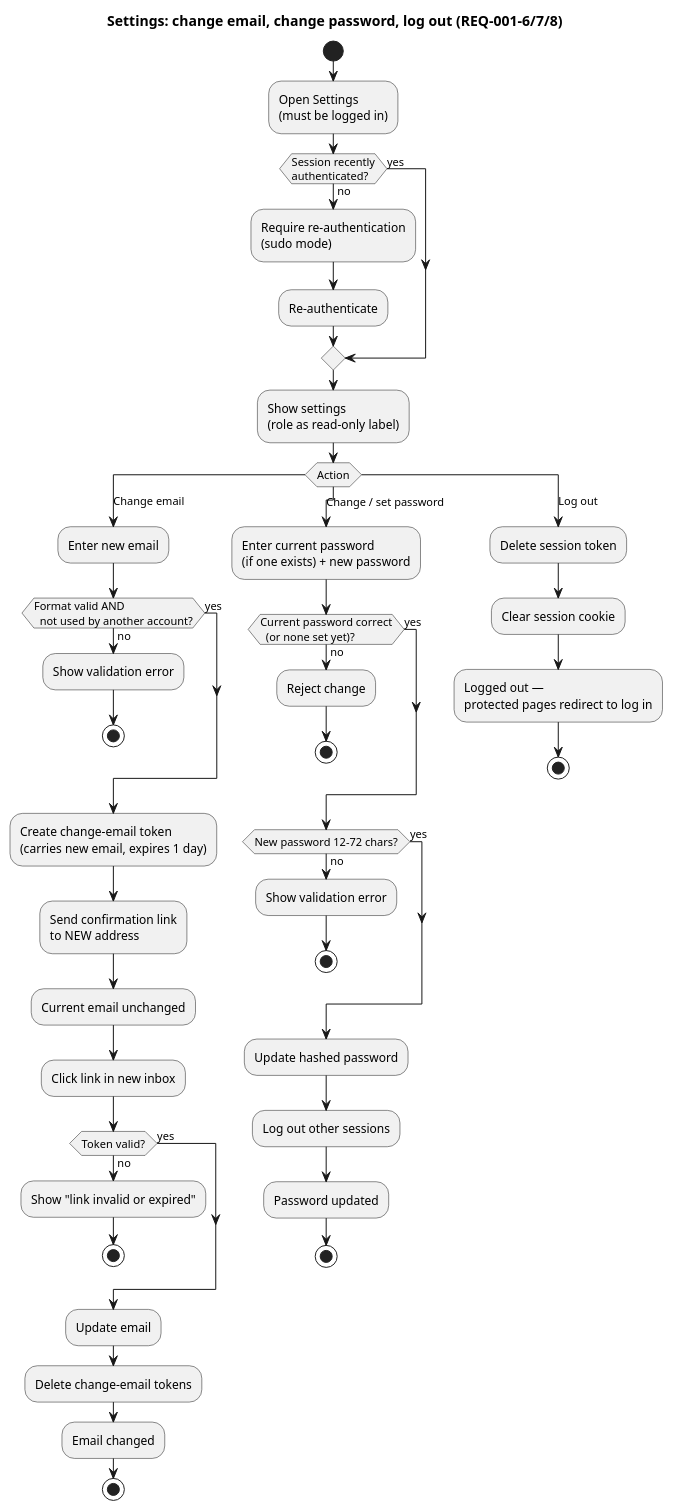
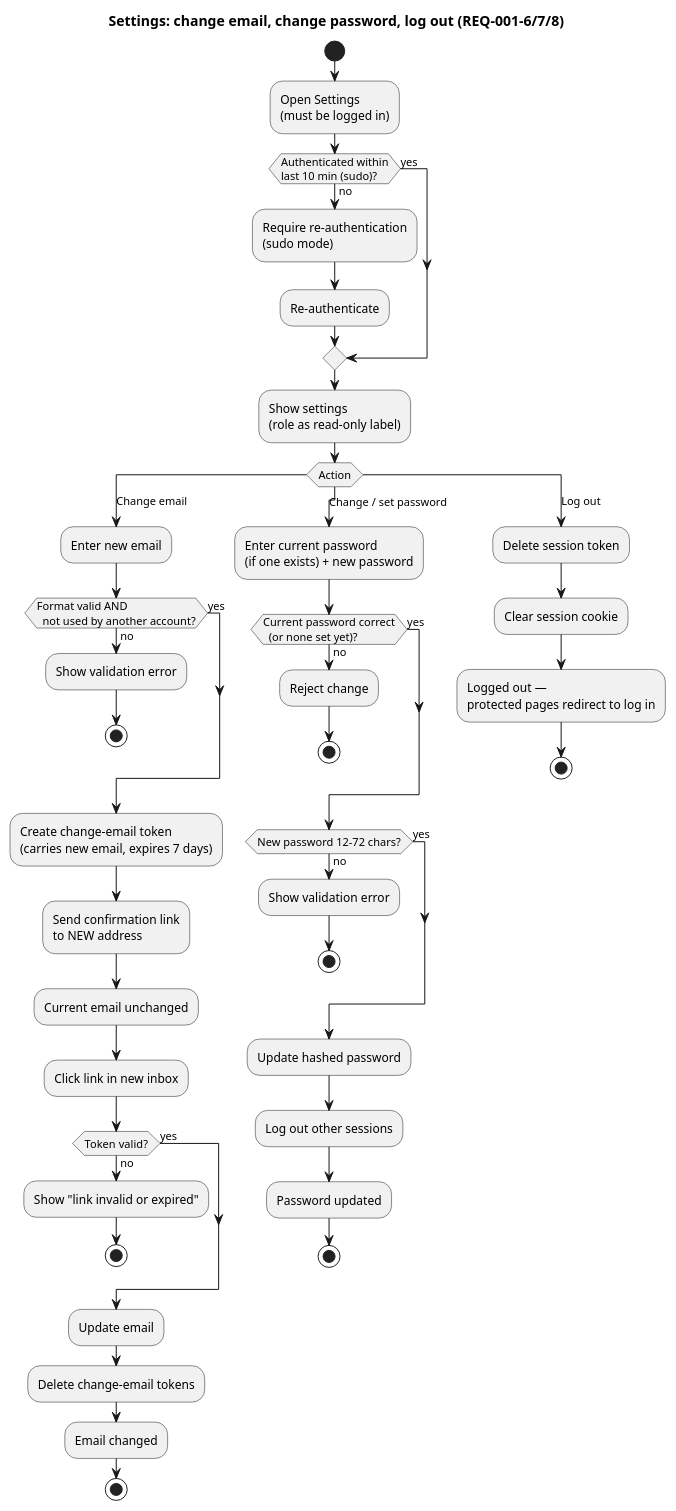
One commit to raseniero/jairojobs-elixir changed the diagram in docs/specs/001-accounts-authentication/diagrams/activity-settings.puml. Above: the diagram before and after it, drawn with PlantUML. The commit also changed 8 other files, not shown here.

```diff
--- a/docs/specs/001-accounts-authentication/diagrams/activity-settings.puml
+++ b/docs/specs/001-accounts-authentication/diagrams/activity-settings.puml
@@ -1,66 +1,66 @@
 @startuml activity-settings
 ' Spec 001 — account settings and log out (REQ-001-6, REQ-001-7, REQ-001-8)
 title Settings: change email, change password, log out (REQ-001-6/7/8)
 
 start
 :Open Settings
 (must be logged in);
-if (Session recently
-authenticated?) then (no)
+if (Authenticated within
+last 10 min (sudo)?) then (no)
   :Require re-authentication
   (sudo mode);
   :Re-authenticate;
 else (yes)
 endif
 :Show settings
 (role as read-only label);
 switch (Action)
 case (Change email)
   :Enter new email;
   if (Format valid AND
   not used by another account?) then (no)
     :Show validation error;
     stop
   else (yes)
   endif
   :Create change-email token
-  (carries new email, expires 1 day);
+  (carries new email, expires 7 days);
   :Send confirmation link
   to NEW address;
   :Current email unchanged;
   :Click link in new inbox;
   if (Token valid?) then (no)
     :Show "link invalid or expired";
     stop
   else (yes)
   endif
   :Update email;
   :Delete change-email tokens;
   :Email changed;
   stop
 case (Change / set password)
   :Enter current password
   (if one exists) + new password;
   if (Current password correct
   (or none set yet)?) then (no)
     :Reject change;
     stop
   else (yes)
   endif
   if (New password 12–72 chars?) then (no)
     :Show validation error;
     stop
   else (yes)
   endif
   :Update hashed password;
   :Log out other sessions;
   :Password updated;
   stop
 case (Log out)
   :Delete session token;
   :Clear session cookie;
   :Logged out —
   protected pages redirect to log in;
   stop
 endswitch
 @enduml
```
